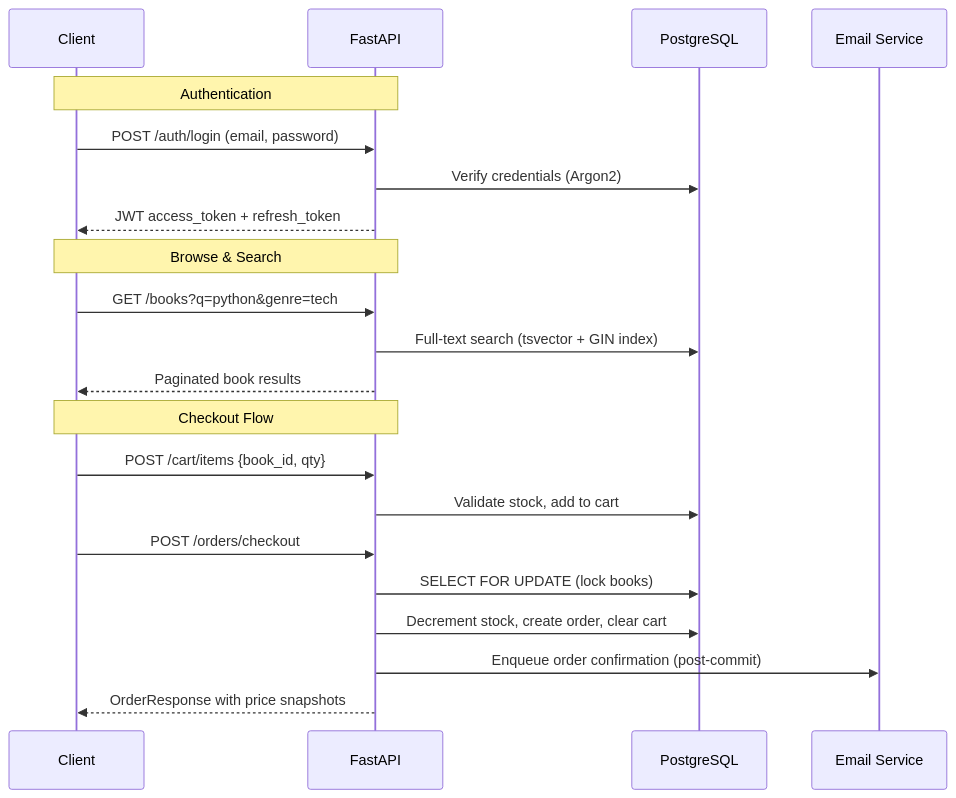
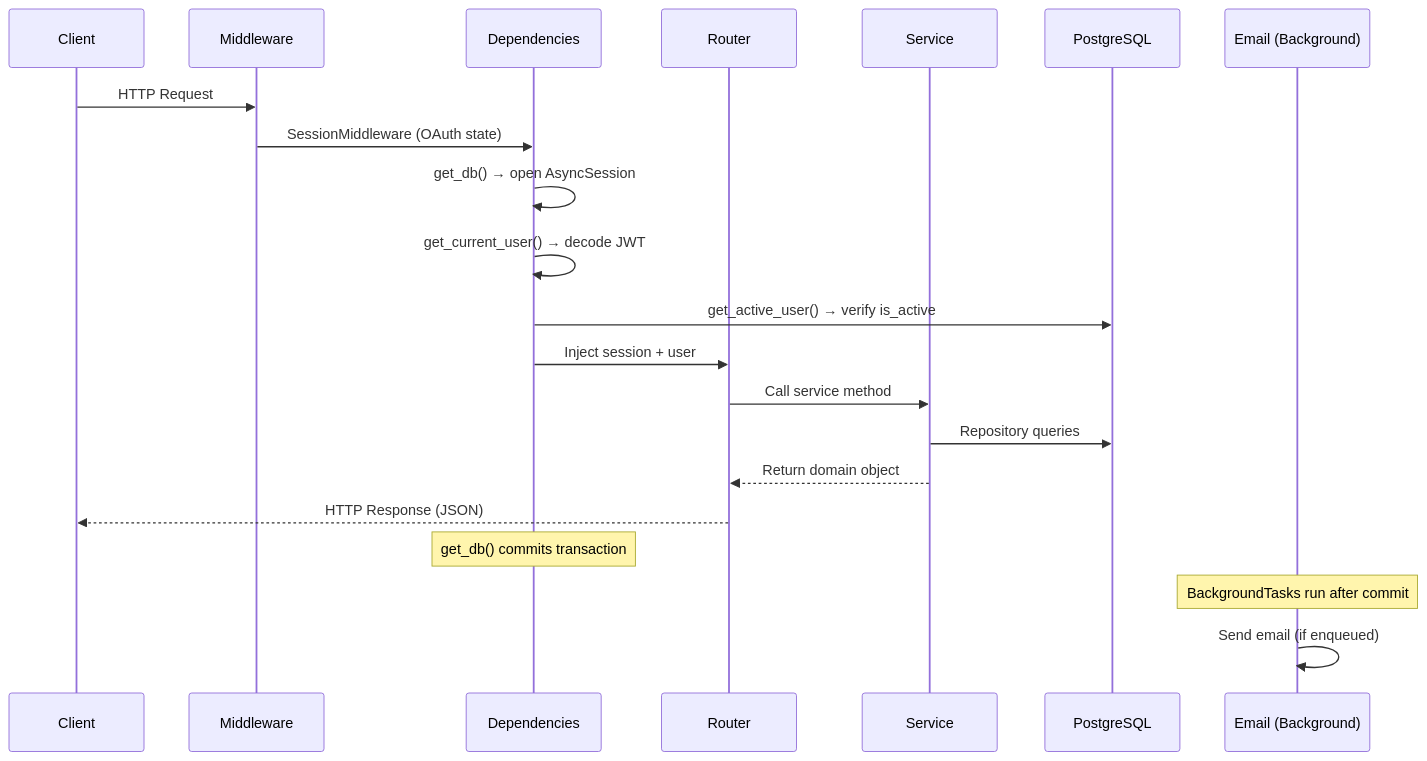
Before and after one commit to Sushasan11/bookstore: the second of 3 diagrams in README.md, drawn with Mermaid. The commit also changed other lines of this file, not shown here.

First line of the commit message:
docs: rewrite README as detailed architecture documentation

````diff
--- a/README.md
+++ b/README.md
@@ -39,26 +127,24 @@
 ```mermaid
 sequenceDiagram
     participant C as Client
-    participant S as FastAPI
+    participant M as Middleware
+    participant D as Dependencies
+    participant R as Router
+    participant S as Service
     participant DB as PostgreSQL
-    participant E as Email Service
+    participant E as Email (Background)
 
-    Note over C,S: Authentication
-    C->>S: POST /auth/login (email, password)
-    S->>DB: Verify credentials (Argon2)
-    S-->>C: JWT access_token + refresh_token
-
-    Note over C,S: Browse & Search
-    C->>S: GET /books?q=python&genre=tech
-    S->>DB: Full-text search (tsvector + GIN index)
-    S-->>C: Paginated book results
-
-    Note over C,S: Checkout Flow
-    C->>S: POST /cart/items {book_id, qty}
-    S->>DB: Validate stock, add to cart
-    C->>S: POST /orders/checkout
-    S->>DB: SELECT FOR UPDATE (lock books)
-    S->>DB: Decrement stock, create order, clear cart
-    S->>E: Enqueue order confirmation (post-commit)
-    S-->>C: OrderResponse with price snapshots
+    C->>M: HTTP Request
+    M->>D: SessionMiddleware (OAuth state)
+    D->>D: get_db() → open AsyncSession
+    D->>D: get_current_user() → decode JWT
+    D->>DB: get_active_user() → verify is_active
+    D->>R: Inject session + user
+    R->>S: Call service method
+    S->>DB: Repository queries
+    S-->>R: Return domain object
+    R-->>C: HTTP Response (JSON)
+    Note over D: get_db() commits transaction
+    Note over E: BackgroundTasks run after commit
+    E->>E: Send email (if enqueued)
 ```
````
